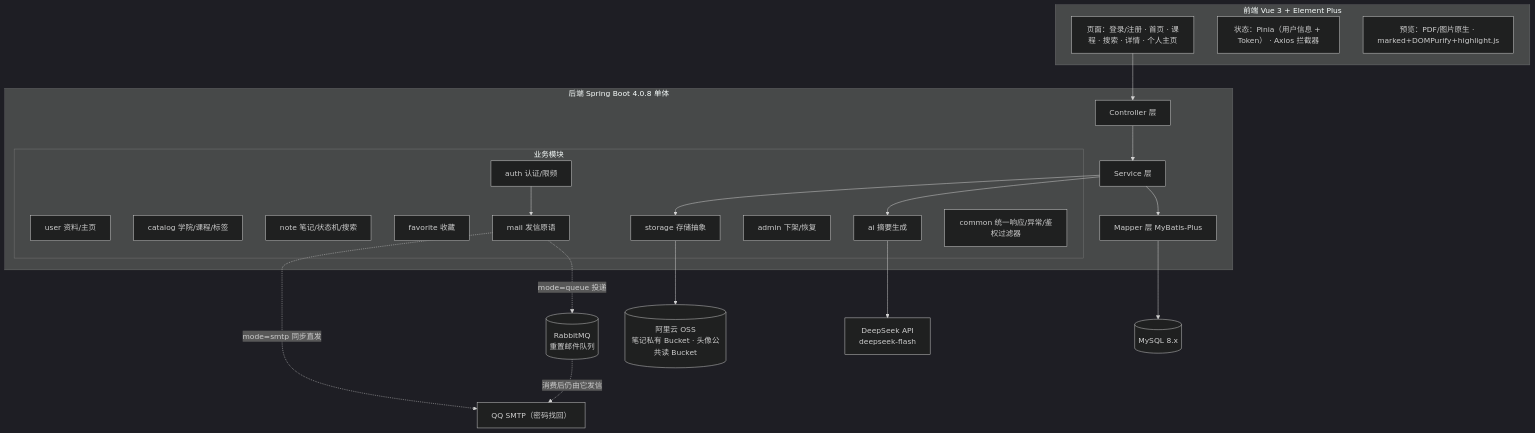
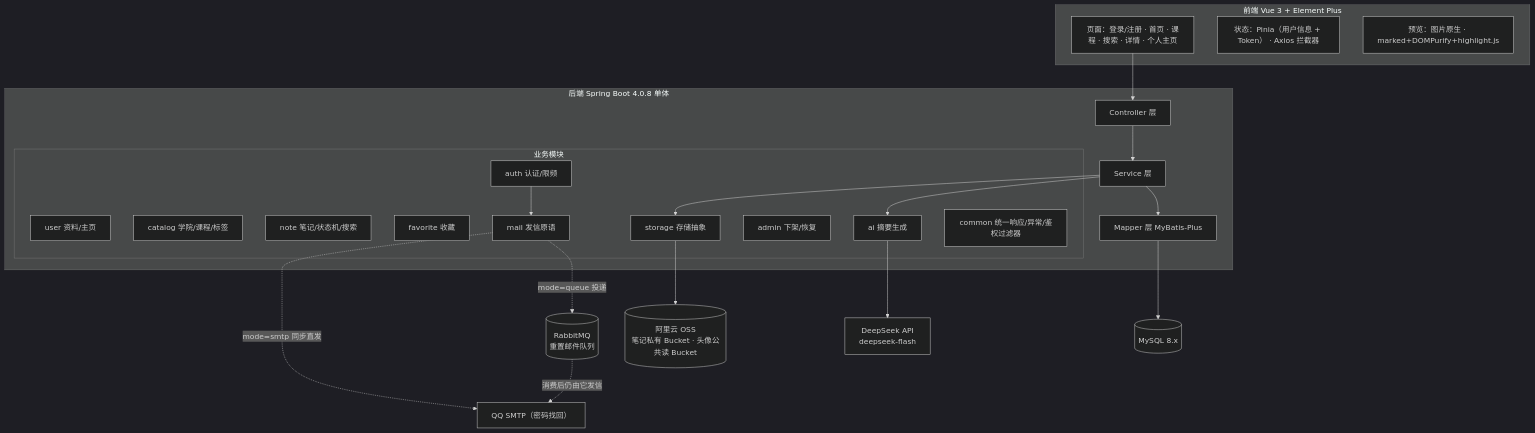
One commit to ShiwarHoufu/jotang-note changed the first of 7 diagrams in docs/概要设计.md. Above: the diagram before and after it, drawn with Mermaid (dark theme). The commit also changed other lines of this file and 63 other files, not shown here.

````diff
--- a/docs/概要设计.md
+++ b/docs/概要设计.md
@@ -28,40 +28,40 @@
 ```mermaid
 flowchart TB
   subgraph FE["前端 Vue 3 + Element Plus"]
     P1["页面：登录/注册 · 首页 · 课程 · 搜索 · 详情 · 个人主页"]
     P2["状态：Pinia（用户信息 + Token） · Axios 拦截器"]
-    P3["预览：PDF/图片原生 · marked+DOMPurify+highlight.js"]
+    P3["预览：图片原生 · marked+DOMPurify+highlight.js"]
   end
 
   subgraph BE["后端 Spring Boot 4.0.8 单体"]
     C["Controller 层"]
     S["Service 层"]
     M["Mapper 层 MyBatis-Plus"]
     subgraph MOD["业务模块"]
       MA["auth 认证/限频"]
       MU["user 资料/主页"]
       MC["catalog 学院/课程/标签"]
       MN["note 笔记/状态机/搜索"]
       MF["favorite 收藏"]
       MS["storage 存储抽象"]
       MMail["mail 发信原语"]
       MAdm["admin 下架/恢复"]
       MAI["ai 摘要生成"]
       CM["common 统一响应/异常/鉴权过滤器"]
     end
   end
 
   DB[("MySQL 8.x")]
   OSS[("阿里云 OSS<br/>笔记私有 Bucket · 头像公共读 Bucket")]
   MAIL["QQ SMTP（密码找回）"]
   MQ[("RabbitMQ<br/>重置邮件队列")]
   LLM["DeepSeek API<br/>deepseek-flash"]
 
   P1 --> C --> S --> M --> DB
   S --> MS --> OSS
   MA --> MMail
   MMail -.->|mode=smtp 同步直发| MAIL
   MMail -.->|mode=queue 投递| MQ
   MQ -.->|消费后仍由它发信| MAIL
   S --> MAI --> LLM
 ```
````
